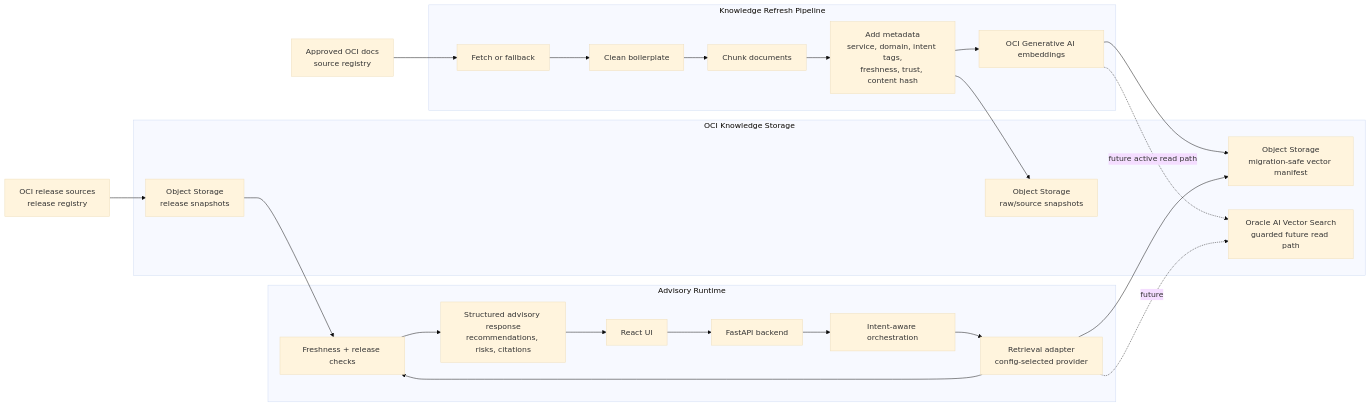
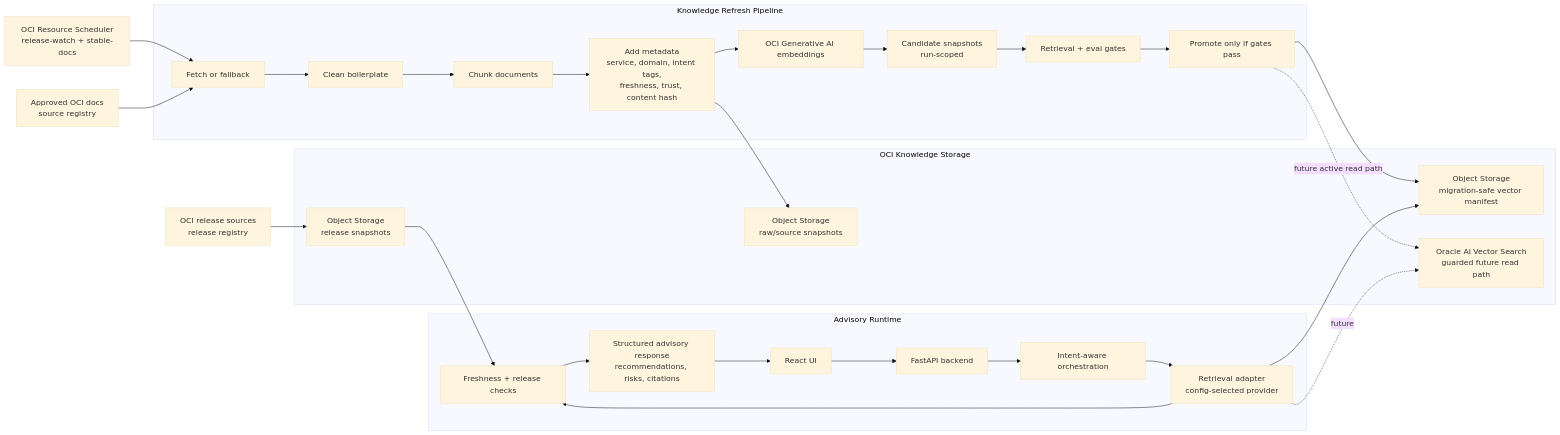
One commit to BfShaik/OCI-Architecture-Studio changed the third of 6 diagrams in docs/architecture-diagrams.md. Above: the diagram before and after it, drawn with Mermaid (base theme). The commit also changed other lines of this file and 14 other files, not shown here.

````diff
--- a/docs/architecture-diagrams.md
+++ b/docs/architecture-diagrams.md
@@ -99,42 +104,47 @@
 ```mermaid
 flowchart LR
   Sources["Approved OCI docs\nsource registry"]
   Releases["OCI release sources\nrelease registry"]
+  Scheduler["OCI Resource Scheduler\nrelease-watch + stable-docs"]
 
   subgraph Ingestion["Knowledge Refresh Pipeline"]
     Fetch["Fetch or fallback"]
     Clean["Clean boilerplate"]
     Chunk["Chunk documents"]
     Metadata["Add metadata\nservice, domain, intent tags,\nfreshness, trust, content hash"]
     Embed["OCI Generative AI embeddings"]
+    Candidate["Candidate snapshots\nrun-scoped"]
+    Gates["Retrieval + eval gates"]
+    Promote["Promote only if gates pass"]
   end
 
   subgraph Storage["OCI Knowledge Storage"]
     Raw["Object Storage\nraw/source snapshots"]
     Manifest["Object Storage\nmigration-safe vector manifest"]
     Vector["Oracle AI Vector Search\nguarded future read path"]
     ReleaseStore["Object Storage\nrelease snapshots"]
   end
 
   subgraph Runtime["Advisory Runtime"]
     UI["React UI"]
     API["FastAPI backend"]
     Intent["Intent-aware orchestration"]
     Retriever["Retrieval adapter\nconfig-selected provider"]
     Freshness["Freshness + release checks"]
     Response["Structured advisory response\nrecommendations, risks, citations"]
   end
 
-  Sources --> Fetch --> Clean --> Chunk --> Metadata --> Embed
+  Scheduler --> Fetch
+  Sources --> Fetch --> Clean --> Chunk --> Metadata --> Embed --> Candidate --> Gates --> Promote
   Metadata --> Raw
-  Embed --> Manifest
-  Embed -. "future active read path" .-> Vector
+  Promote --> Manifest
+  Promote -. "future active read path" .-> Vector
   Releases --> ReleaseStore
 
   UI --> API --> Intent --> Retriever
   Retriever --> Manifest
   Retriever -. "future" .-> Vector
   Retriever --> Freshness
   ReleaseStore --> Freshness
   Freshness --> Response --> UI
 ```
````
